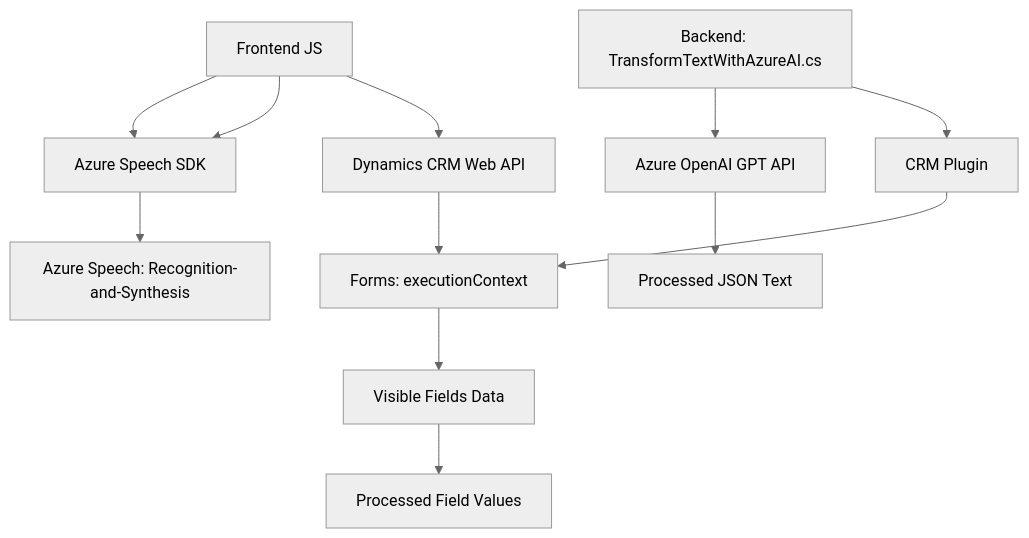
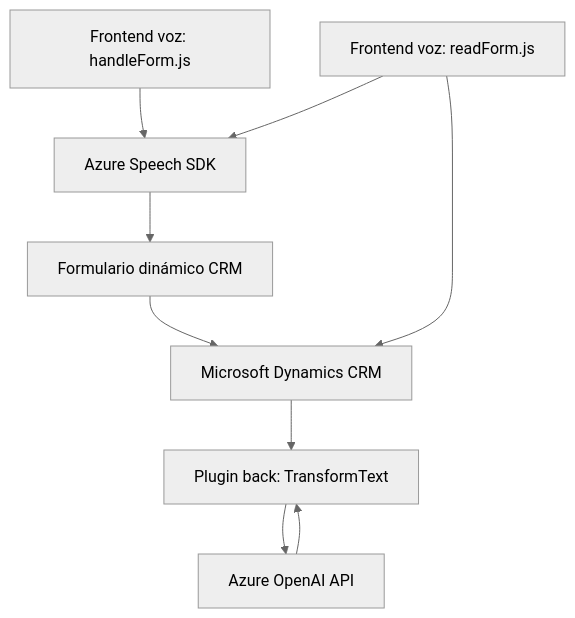
The diagram in README.md (blopezdm/NETCORE_BILBAO2025), drawn with Mermaid (neutral theme) before and after one commit. The commit also changed other lines of this file, not shown here.

````diff
--- a/README.md
+++ b/README.md
@@ -28,15 +42,19 @@
 ```mermaid
 graph TD
-    A["Frontend: readForm.js"] --> B["Azure Speech SDK"]
-    A["Frontend: speechForm.js"] --> B["Azure Speech SDK"]
-    A["Frontend JS"] --> C["Dynamics CRM Web API"]
-    C --> D["Forms: executionContext"]
-    B --> E["Azure Speech: Recognition-and-Synthesis"]
-    D --> F["Visible Fields Data"]
-    F --> G["Processed Field Values"]
+    A["Frontend voz: handleForm.js"]
+    B["Frontend voz: readForm.js"]
+    C["Azure Speech SDK"]
+    D["Microsoft Dynamics CRM"]
+    E["Plugin back: TransformText"]
+    F["Azure OpenAI API"]
+    G["Formulario dinámico CRM"]
 
-    H["Backend: TransformTextWithAzureAI.cs"] --> J["Azure OpenAI GPT API"]
-    J --> K["Processed JSON Text"]
-    H --> L["CRM Plugin"]
-    L --> D
+    A --> C
+    B --> C
+    C --> G
+    G --> D
+    B --> D
+    D --> E
+    E --> F
+    F --> E
 ```
````
